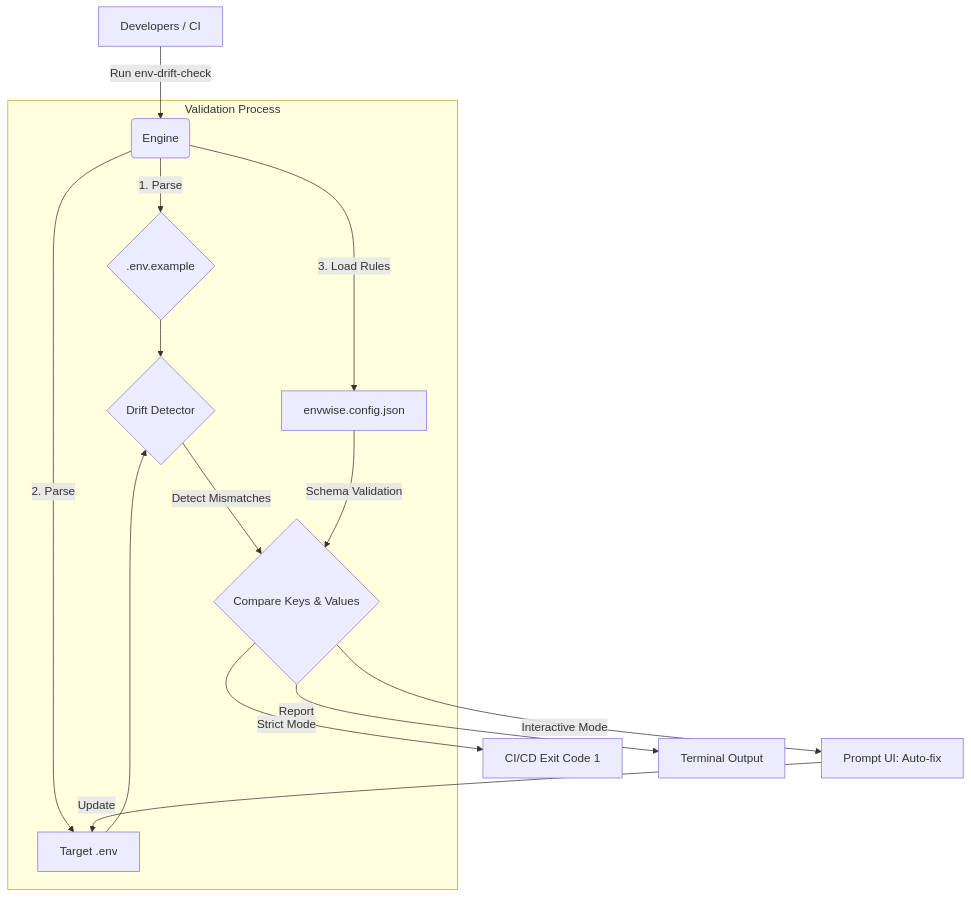
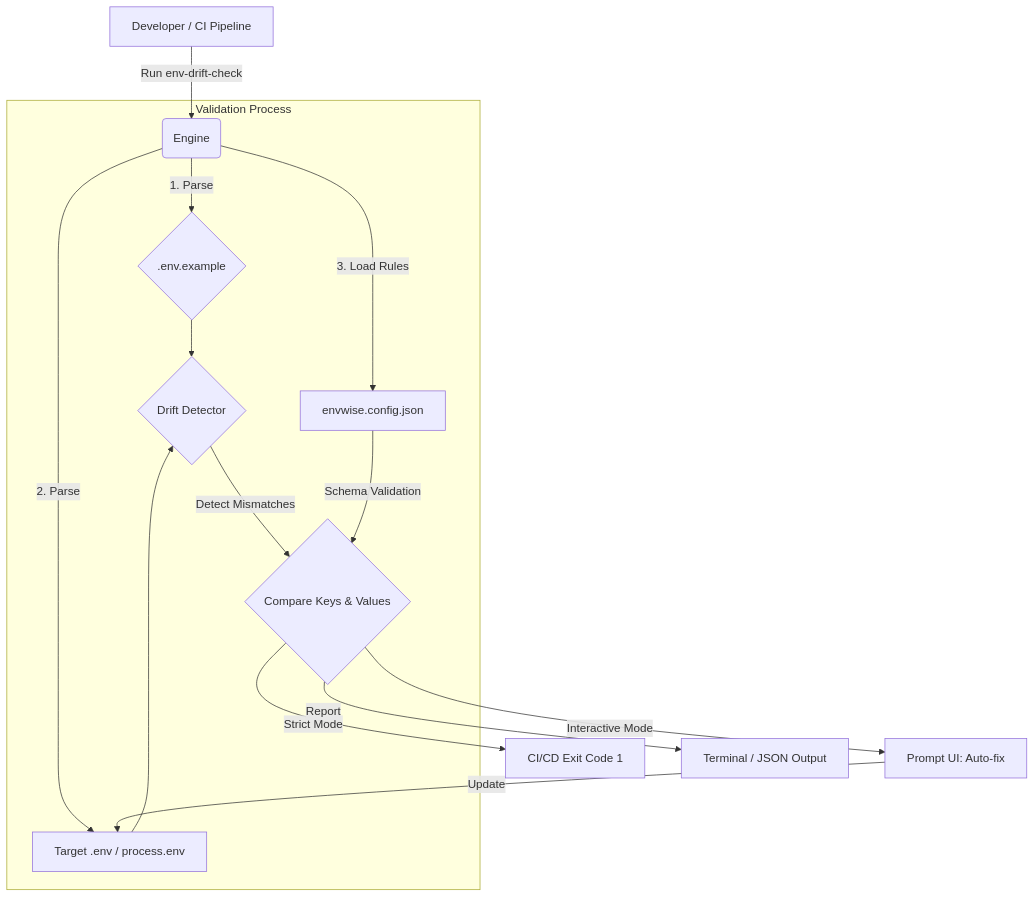
Before and after one commit to shashi089/env-drift-check: the diagram in README.md, drawn with Mermaid. The commit also changed other lines of this file and 16 other files, not shown here.

````diff
--- a/README.md
+++ b/README.md
@@ -81,22 +126,22 @@
 ```mermaid
 graph TD
-    A[Developers / CI] -->|Run env-drift-check| B(Engine)
-    
+    A[Developer / CI Pipeline] -->|Run env-drift-check| B(Engine)
+
     subgraph Validation Process
     B -->|1. Parse| C{.env.example}
-    B -->|2. Parse| D[Target .env]
+    B -->|2. Parse| D[Target .env / process.env]
     B -->|3. Load Rules| E[envwise.config.json]
-    
+
     C --> F{Drift Detector}
     D --> F
-    
+
     F -->|Detect Mismatches| G{Compare Keys & Values}
     E -->|Schema Validation| G
     end
 
     G -->|Interactive Mode| H[Prompt UI: Auto-fix]
     H -->|Update| D
-    
+
     G -->|Strict Mode| I[CI/CD Exit Code 1]
-    G -->|Report| J[Terminal Output]
+    G -->|Report| J[Terminal / JSON Output]
 ```
````
